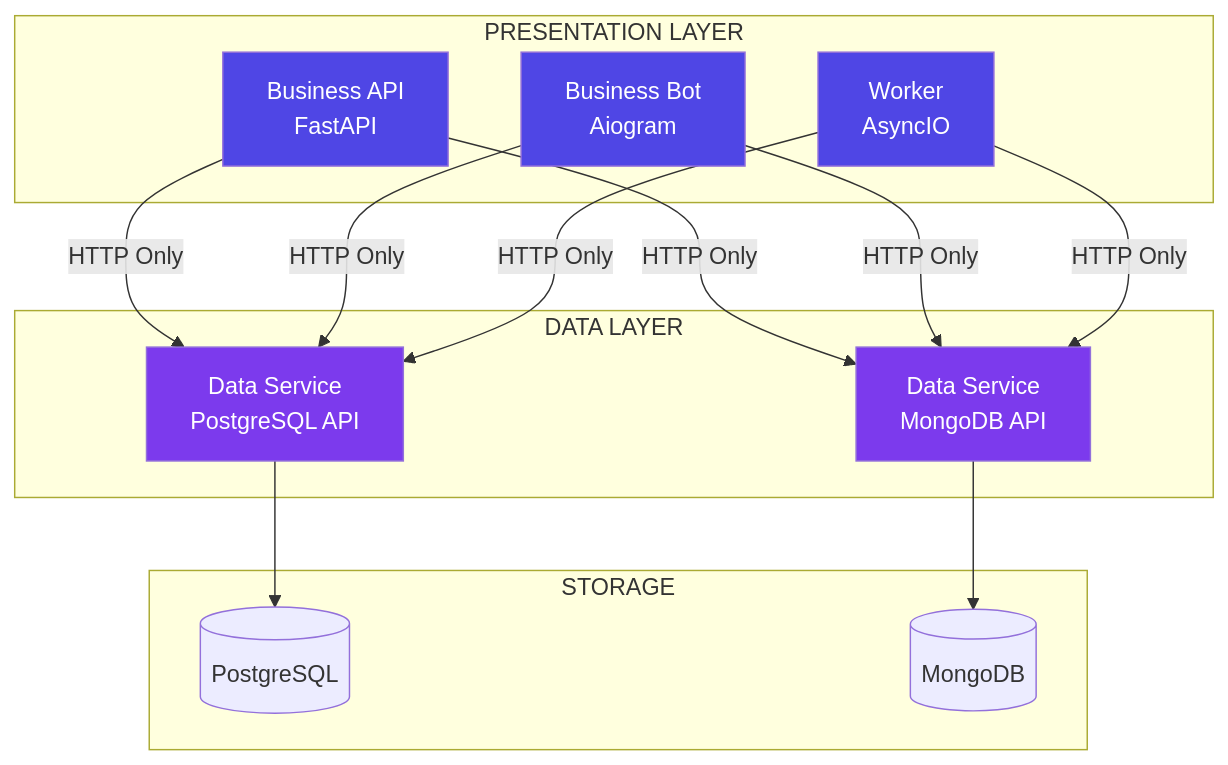
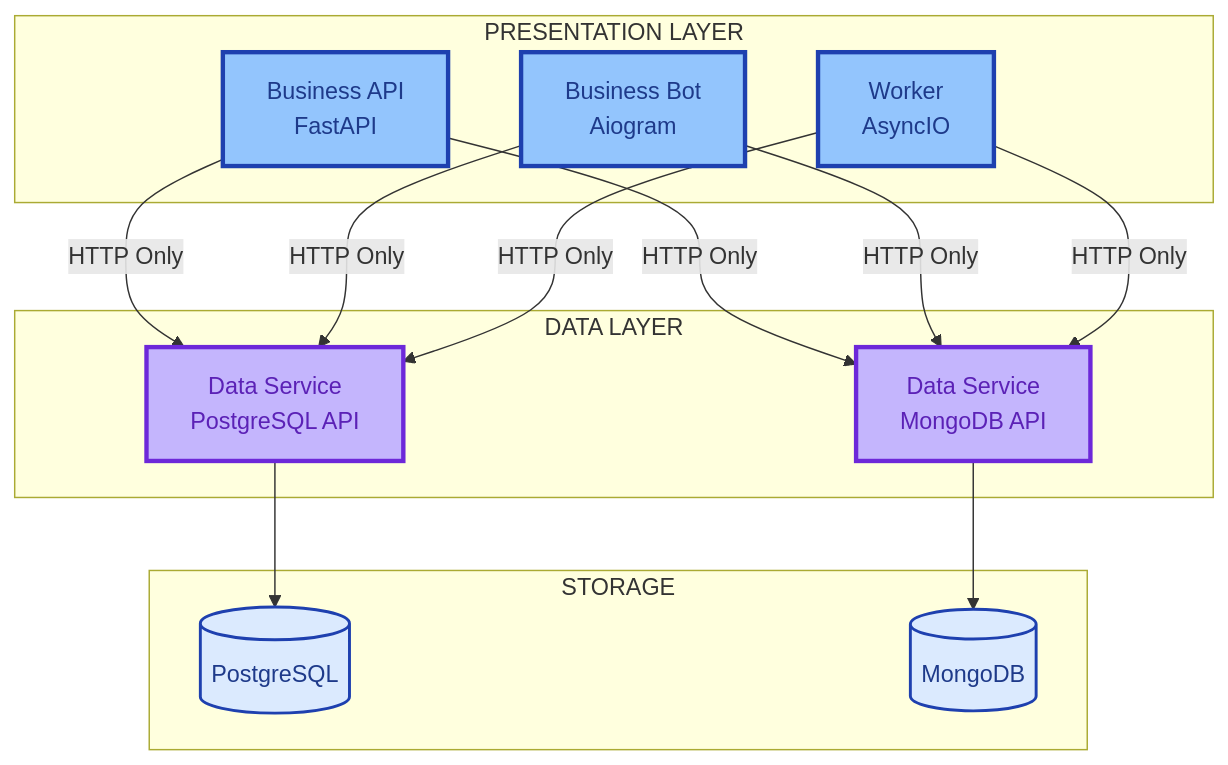
Before and after one commit to bgs2509/ai-generator-asyncmicroservices: the diagram in docs/index.md, drawn with Mermaid. The commit also changed 2 other files, not shown here.

Commit message:
fix: Improve Mermaid diagram text visibility
- Replace dark backgrounds with light colors for better contrast
- Add stroke borders to all diagram elements (3px for main, 2px for storage)
- Use dark text on light backgrounds for maximum readability
- Add global CSS rules for Mermaid diagrams
- Update diagrams in docs/index.md and docs/guides/architecture-guide.md
- Add support for both light and dark themes

Color scheme:
- Business services (API, Bot, Worker): Light blue (#93c5fd) + dark text
- Data services (PostgreSQL, MongoDB): Light purple (#c4b5fd) + dark text
- Storage (databases): Very light blue (#dbeafe) + dark text
- Infrastructure: Redis (light red), RabbitMQ (light orange)
- API Gateway: Light yellow (#fef3c7) + dark text

All text now has sufficient contrast ratio for WCAG AAA compliance.

````diff
--- a/docs/index.md
+++ b/docs/index.md
@@ -156,34 +156,36 @@
 ```mermaid
 graph TB
     subgraph Presentation["PRESENTATION LAYER"]
         API[Business API<br/>FastAPI]
         BOT[Business Bot<br/>Aiogram]
         WORKER[Worker<br/>AsyncIO]
     end
 
     subgraph Data["DATA LAYER"]
         PGAPI[Data Service<br/>PostgreSQL API]
         MGAPI[Data Service<br/>MongoDB API]
     end
 
     subgraph Storage["STORAGE"]
         PG[(PostgreSQL)]
         MG[(MongoDB)]
     end
 
     API -->|HTTP Only| PGAPI
     API -->|HTTP Only| MGAPI
     BOT -->|HTTP Only| PGAPI
     BOT -->|HTTP Only| MGAPI
     WORKER -->|HTTP Only| PGAPI
     WORKER -->|HTTP Only| MGAPI
 
     PGAPI --> PG
     MGAPI --> MG
 
-    style API fill:#4f46e5,color:#fff
-    style BOT fill:#4f46e5,color:#fff
-    style WORKER fill:#4f46e5,color:#fff
-    style PGAPI fill:#7c3aed,color:#fff
-    style MGAPI fill:#7c3aed,color:#fff
+    style API fill:#93c5fd,stroke:#1e40af,stroke-width:3px,color:#1e3a8a
+    style BOT fill:#93c5fd,stroke:#1e40af,stroke-width:3px,color:#1e3a8a
+    style WORKER fill:#93c5fd,stroke:#1e40af,stroke-width:3px,color:#1e3a8a
+    style PGAPI fill:#c4b5fd,stroke:#6d28d9,stroke-width:3px,color:#5b21b6
+    style MGAPI fill:#c4b5fd,stroke:#6d28d9,stroke-width:3px,color:#5b21b6
+    style PG fill:#dbeafe,stroke:#1e40af,stroke-width:2px,color:#1e3a8a
+    style MG fill:#dbeafe,stroke:#1e40af,stroke-width:2px,color:#1e3a8a
 ```
````
